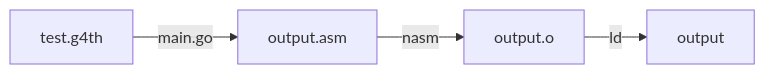
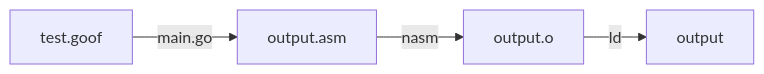
One commit to sneaky-potato/goof changed the diagram in README.md. Above: the diagram before and after it, drawn with Mermaid. The commit also changed other lines of this file and 20 other files, not shown here.

````diff
--- a/README.md
+++ b/README.md
@@ -25,4 +25,4 @@
 ```mermaid
 flowchart LR
-    A[test.g4th]-- main.go -->B[output.asm]-- nasm -->C[output.o]-- ld -->D[output]
+    A[test.goof]-- main.go -->B[output.asm]-- nasm -->C[output.o]-- ld -->D[output]
 ```
````
